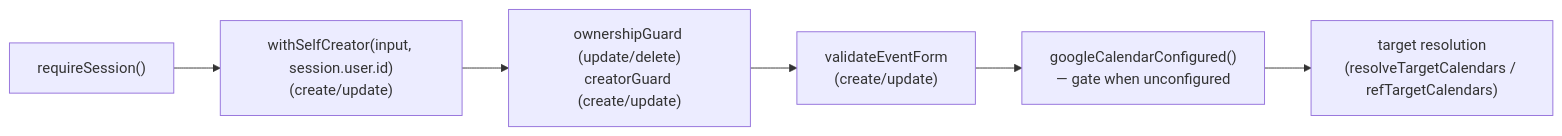
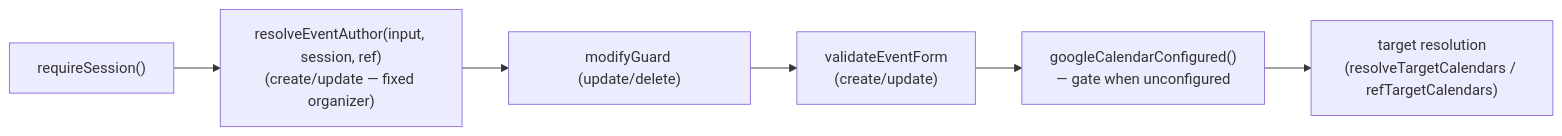
Before and after one commit to oncloudnintynineone-source/cloudy2: the first of 3 diagrams in docs/event-mutations.md, drawn with Mermaid. The commit also changed other lines of this file and 56 other files, not shown here.

````diff
--- a/docs/event-mutations.md
+++ b/docs/event-mutations.md
@@ -69,8 +69,8 @@
 ```mermaid
 flowchart LR
-    S["requireSession()"] --> N["withSelfCreator(input, session.user.id)<br/>(create/update)"]
-    N --> G["ownershipGuard (update/delete)<br/>creatorGuard (create/update)"]
+    S["requireSession()"] --> N["resolveEventAuthor(input, session, ref)<br/>(create/update — fixed organizer)"]
+    N --> G["modifyGuard (update/delete)"]
     G --> V["validateEventForm<br/>(create/update)"]
     V --> C["googleCalendarConfigured()<br/>— gate when unconfigured"]
     C --> R["target resolution<br/>(resolveTargetCalendars / refTargetCalendars)"]
 ```
````
